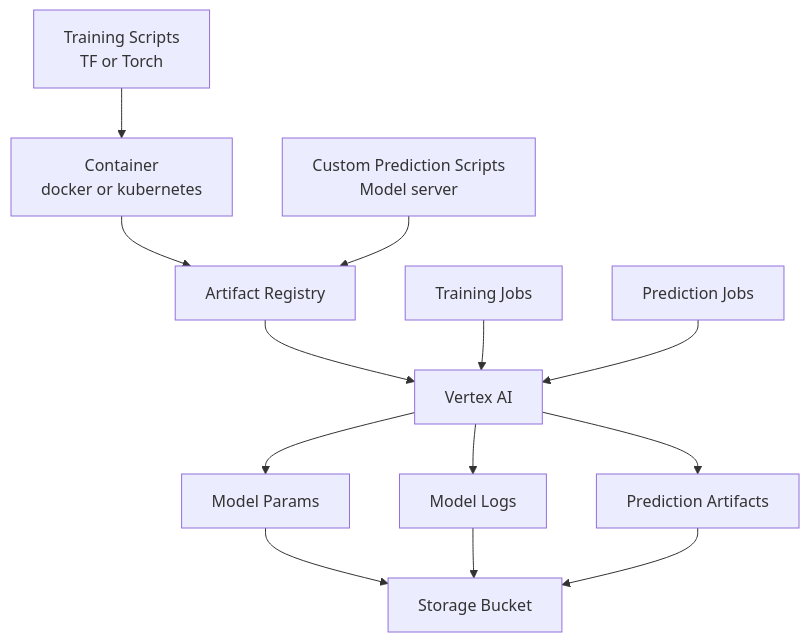
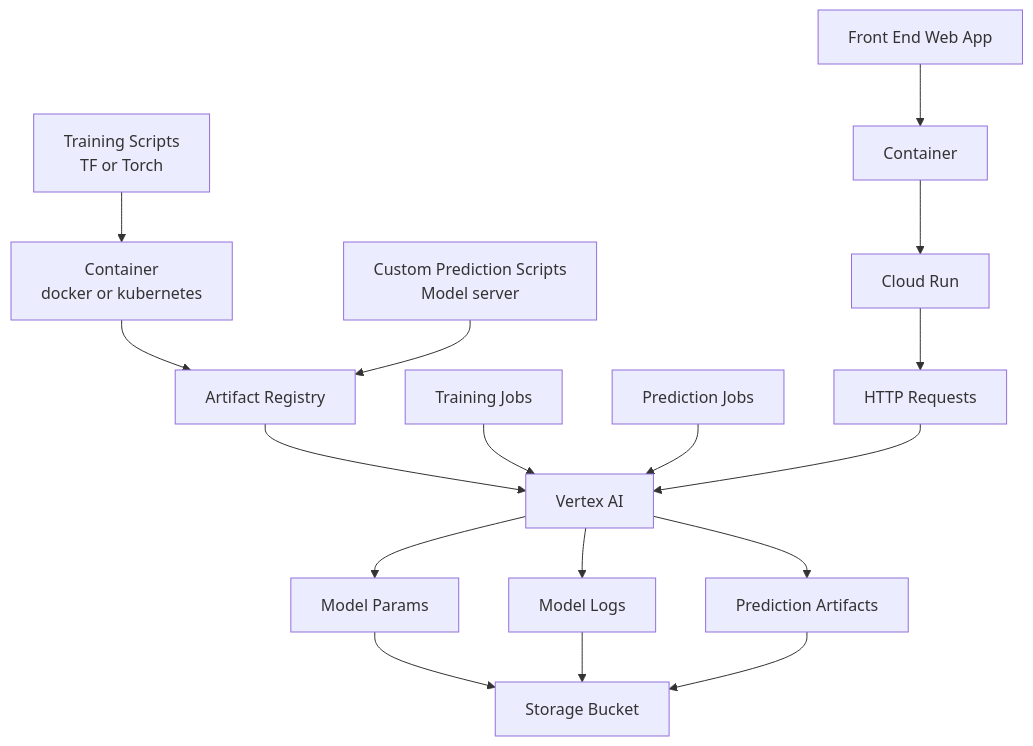
One commit to nuEGil/NotesOnTextTasks changed the diagram in ReadMe.md. Above: the diagram before and after it, drawn with Mermaid.

````diff
--- a/ReadMe.md
+++ b/ReadMe.md
@@ -41,15 +41,20 @@
 ```mermaid
 graph TD;
     A[Training Scripts<br/>TF or Torch<br/>]-->B[Container<br/>docker or kubernetes];
     B-->C[Artifact Registry];
     D[Custom Prediction Scripts<br/>Model server<br/>]-->C;
     C-->E[Vertex AI];
     F[Training Jobs]-->E;
     G[Prediction Jobs]-->E;
     E-->H[Model Params] & I[Model Logs] & J[Prediction Artifacts];
     H & I & J -->K[Storage Bucket];
+    L[Front End Web App]-->M[Container];
+    M-->N[Cloud Run];
+    N-->O[HTTP Requests];
+    O-->E;
     
+
     
 
     
 ```
````
